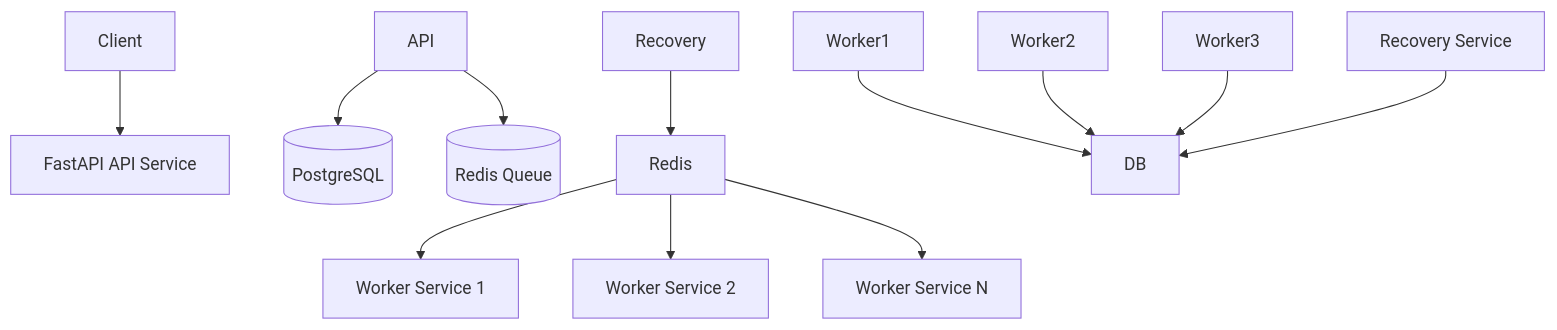
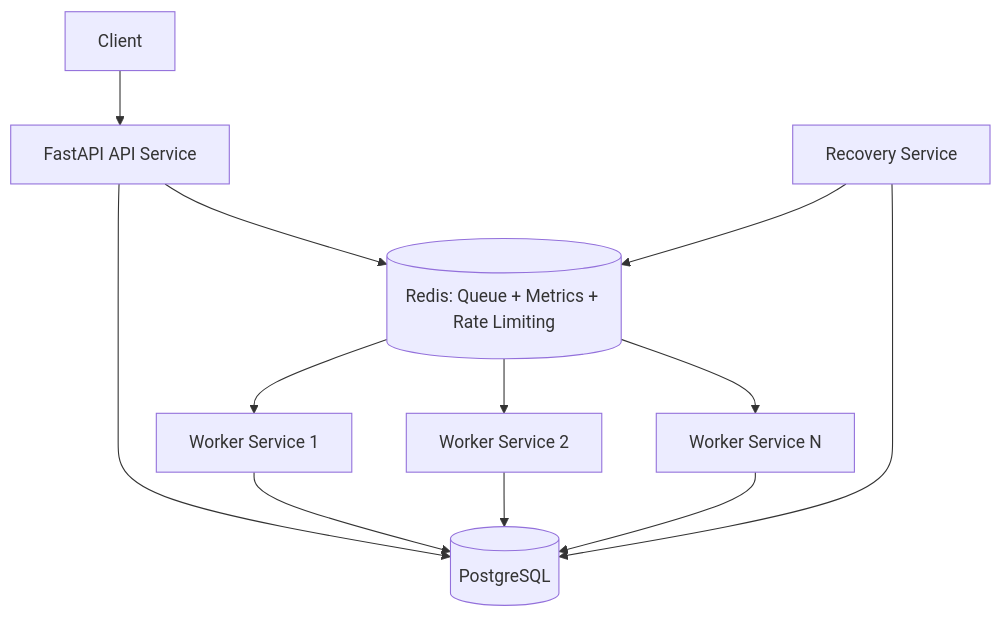
One commit to HVC640/Distributed-Task-Processing-Platform changed the first of 12 diagrams in architecture-diagram.md. Above: the diagram before and after it, drawn with Mermaid. The commit also changed other lines of this file and 4 other files, not shown here.

Commit message:
Enhance system documentation and architecture diagrams; add README with project overview, features, and setup instructions

````diff
--- a/architecture-diagram.md
+++ b/architecture-diagram.md
@@ -25,37 +11,19 @@
 ```mermaid
-
 flowchart TD
 
+Client --> API[FastAPI API Service]
 
+API --> DB[(PostgreSQL)]
+API --> Redis[(Redis: Queue + Metrics + Rate Limiting)]
 
-Client --> API\[FastAPI API Service]
-
-
-
-API --> DB\[(PostgreSQL)]
-
-API --> Redis\[(Redis Queue)]
-
-
-
-Redis --> Worker1\[Worker Service 1]
-
-Redis --> Worker2\[Worker Service 2]
-
-Redis --> Worker3\[Worker Service N]
-
-
+Redis --> Worker1[Worker Service 1]
+Redis --> Worker2[Worker Service 2]
+Redis --> WorkerN[Worker Service N]
 
 Worker1 --> DB
+Worker2 --> DB
+WorkerN --> DB
 
-Worker2 --> DB
-
-Worker3 --> DB
-
-
-
-Recovery\[Recovery Service] --> DB
-
+Recovery[Recovery Service] --> DB
 Recovery --> Redis
-
 ```
````
